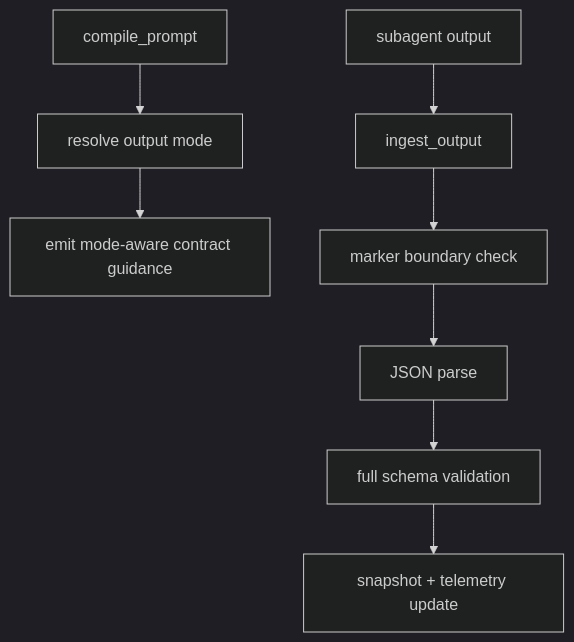
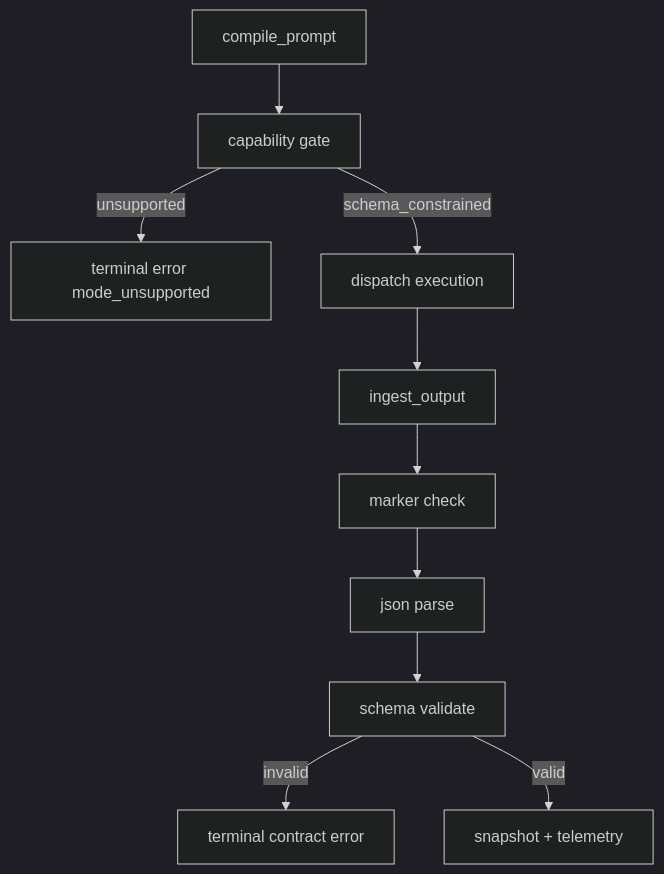
Before and after one commit to madebymlai/spec-context-mcp: the diagram in .spec-context/specs/dispatch-structured-output-tightening/design.md, drawn with Mermaid (dark theme). The commit also changed other lines of this file and 12 other files, not shown here.

Commit message:
feat(dispatch): enforce strict schema-constrained output contracts

````diff
--- a/.spec-context/specs/dispatch-structured-output-tightening/design.md
+++ b/.spec-context/specs/dispatch-structured-output-tightening/design.md
@@ -96,11 +96,13 @@
 ```mermaid
 graph TD
-    C[compile_prompt] --> M[resolve output mode]
-    M --> P[emit mode-aware contract guidance]
+    C[compile_prompt] --> G[capability gate]
+    G -->|unsupported| F[terminal error mode_unsupported]
+    G -->|schema_constrained| D[dispatch execution]
 
-    O[subagent output] --> I[ingest_output]
-    I --> B[marker boundary check]
-    B --> J[JSON parse]
-    J --> V[full schema validation]
-    V --> S[snapshot + telemetry update]
+    D --> I[ingest_output]
+    I --> B[marker check]
+    B --> J[json parse]
+    J --> V[schema validate]
+    V -->|invalid| T[terminal contract error]
+    V -->|valid| S[snapshot + telemetry]
 ```
````
